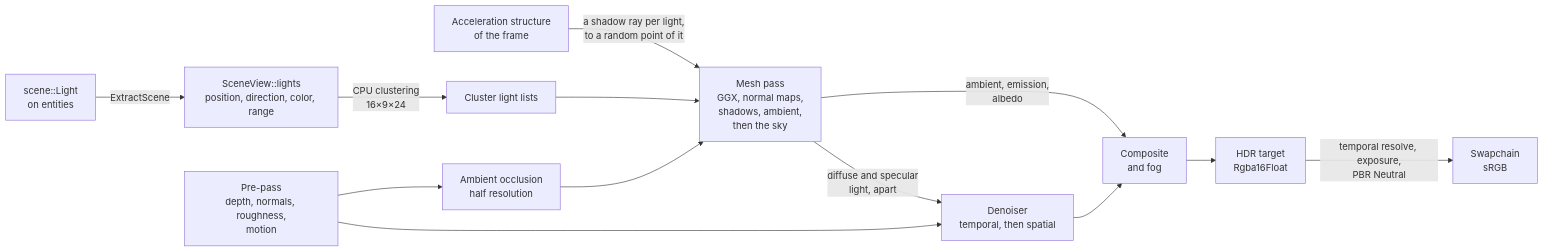
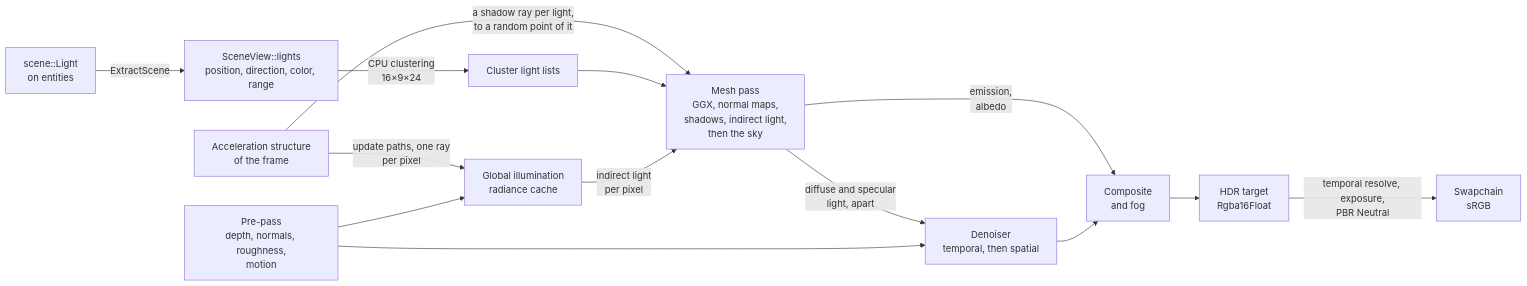
Before and after one commit to SBXdev3D/daidalos-engine-next: the eighth of 12 diagrams in docs/ARCHITECTURE.md, drawn with Mermaid. The commit also changed other lines of this file and 48 other files, not shown here.

First line of the commit message:
Phase 9.9: diffuse global illumination, and moonlight (#31)

````diff
--- a/docs/ARCHITECTURE.md
+++ b/docs/ARCHITECTURE.md
@@ -179,15 +179,16 @@
 ```mermaid
 flowchart LR
     E["scene::Light<br/>on entities"] -->|"ExtractScene"| L["SceneView::lights<br/>position, direction, color, range"]
     AS["Acceleration structure<br/>of the frame"] -->|"a shadow ray per light,<br/>to a random point of it"| M
     L -->|"CPU clustering<br/>16×9×24"| CL["Cluster light lists"]
-    CL --> M["Mesh pass<br/>GGX, normal maps,<br/>shadows, ambient,<br/>then the sky"]
-    P["Pre-pass<br/>depth, normals, roughness,<br/>motion"] --> AO["Ambient occlusion<br/>half resolution"]
-    AO --> M
+    CL --> M["Mesh pass<br/>GGX, normal maps,<br/>shadows, indirect light,<br/>then the sky"]
+    AS -->|"update paths, one ray<br/>per pixel"| GI["Global illumination<br/>radiance cache"]
+    P["Pre-pass<br/>depth, normals, roughness,<br/>motion"] --> GI
+    GI -->|"indirect light<br/>per pixel"| M
     M -->|"diffuse and specular<br/>light, apart"| DN["Denoiser<br/>temporal, then spatial"]
     P --> DN
-    M -->|"ambient, emission,<br/>albedo"| CO["Composite<br/>and fog"]
+    M -->|"emission,<br/>albedo"| CO["Composite<br/>and fog"]
     DN --> CO
     CO --> H["HDR target<br/>Rgba16Float"]
     H -->|"temporal resolve, exposure,<br/>PBR Neutral"| S["Swapchain<br/>sRGB"]
 ```
````
